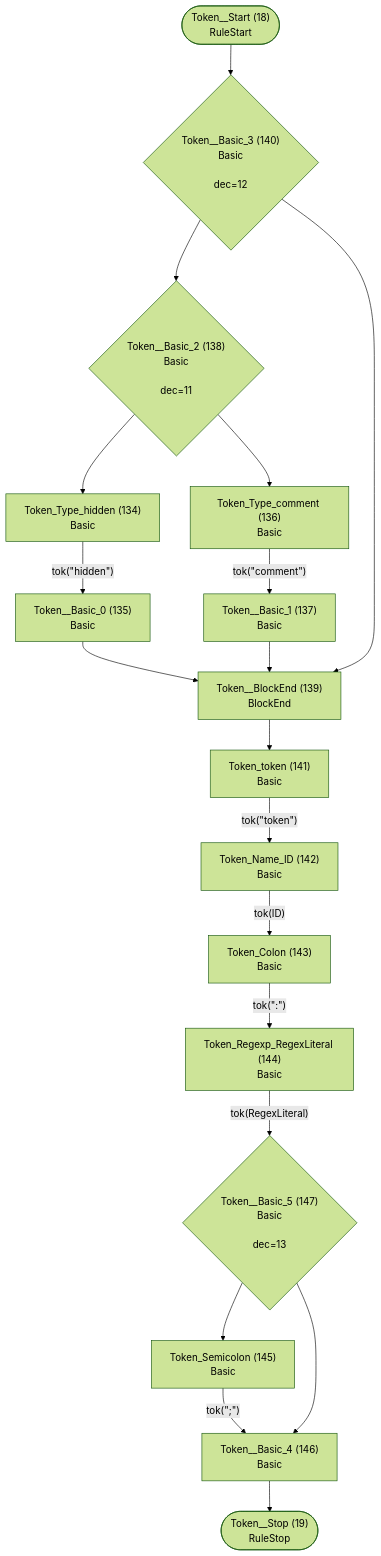
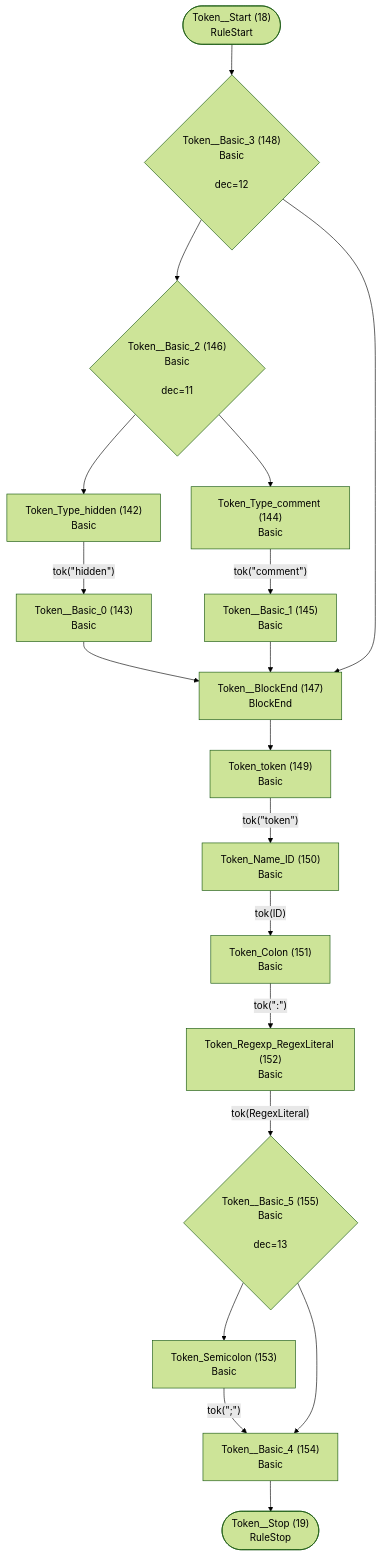
Before and after one commit to TypeFox/fastbelt: the tenth of 29 diagrams in internal/grammar/atn.md, drawn with Mermaid (forest theme). The commit also changed other lines of this file and 41 other files, not shown here.

````diff
--- a/internal/grammar/atn.md
+++ b/internal/grammar/atn.md
@@ -276,38 +281,38 @@
 ```mermaid
 flowchart TD
     q18(["Token__Start (18)<br/>RuleStart"])
     q19(["Token__Stop (19)<br/>RuleStop"])
-    q134["Token_Type_hidden (134)<br/>Basic<br/>"]
-    q135["Token__Basic_0 (135)<br/>Basic<br/>"]
-    q136["Token_Type_comment (136)<br/>Basic<br/>"]
-    q137["Token__Basic_1 (137)<br/>Basic<br/>"]
-    q138{"Token__Basic_2 (138)<br/>Basic<br/><br/>dec=11"}
-    q139["Token__BlockEnd (139)<br/>BlockEnd<br/>"]
-    q140{"Token__Basic_3 (140)<br/>Basic<br/><br/>dec=12"}
-    q141["Token_token (141)<br/>Basic<br/>"]
-    q142["Token_Name_ID (142)<br/>Basic<br/>"]
-    q143["Token_Colon (143)<br/>Basic<br/>"]
-    q144["Token_Regexp_RegexLiteral (144)<br/>Basic<br/>"]
-    q145["Token_Semicolon (145)<br/>Basic<br/>"]
-    q146["Token__Basic_4 (146)<br/>Basic<br/>"]
-    q147{"Token__Basic_5 (147)<br/>Basic<br/><br/>dec=13"}
+    q142["Token_Type_hidden (142)<br/>Basic<br/>"]
+    q143["Token__Basic_0 (143)<br/>Basic<br/>"]
+    q144["Token_Type_comment (144)<br/>Basic<br/>"]
+    q145["Token__Basic_1 (145)<br/>Basic<br/>"]
+    q146{"Token__Basic_2 (146)<br/>Basic<br/><br/>dec=11"}
+    q147["Token__BlockEnd (147)<br/>BlockEnd<br/>"]
+    q148{"Token__Basic_3 (148)<br/>Basic<br/><br/>dec=12"}
+    q149["Token_token (149)<br/>Basic<br/>"]
+    q150["Token_Name_ID (150)<br/>Basic<br/>"]
+    q151["Token_Colon (151)<br/>Basic<br/>"]
+    q152["Token_Regexp_RegexLiteral (152)<br/>Basic<br/>"]
+    q153["Token_Semicolon (153)<br/>Basic<br/>"]
+    q154["Token__Basic_4 (154)<br/>Basic<br/>"]
+    q155{"Token__Basic_5 (155)<br/>Basic<br/><br/>dec=13"}
 
-    q18 --> q140
-    q134 -->|"tok(&quot;hidden&quot;)"| q135
-    q135 --> q139
-    q136 -->|"tok(&quot;comment&quot;)"| q137
-    q137 --> q139
-    q138 --> q134
-    q138 --> q136
-    q139 --> q141
-    q140 --> q138
-    q140 --> q139
-    q141 -->|"tok(&quot;token&quot;)"| q142
-    q142 -->|"tok(ID)"| q143
-    q143 -->|"tok(&quot;:&quot;)"| q144
-    q144 -->|"tok(RegexLiteral)"| q147
-    q145 -->|"tok(&quot;;&quot;)"| q146
-    q146 --> q19
-    q147 --> q145
-    q147 --> q146
+    q18 --> q148
+    q142 -->|"tok(&quot;hidden&quot;)"| q143
+    q143 --> q147
+    q144 -->|"tok(&quot;comment&quot;)"| q145
+    q145 --> q147
+    q146 --> q142
+    q146 --> q144
+    q147 --> q149
+    q148 --> q146
+    q148 --> q147
+    q149 -->|"tok(&quot;token&quot;)"| q150
+    q150 -->|"tok(ID)"| q151
+    q151 -->|"tok(&quot;:&quot;)"| q152
+    q152 -->|"tok(RegexLiteral)"| q155
+    q153 -->|"tok(&quot;;&quot;)"| q154
+    q154 --> q19
+    q155 --> q153
+    q155 --> q154
 ```
````
